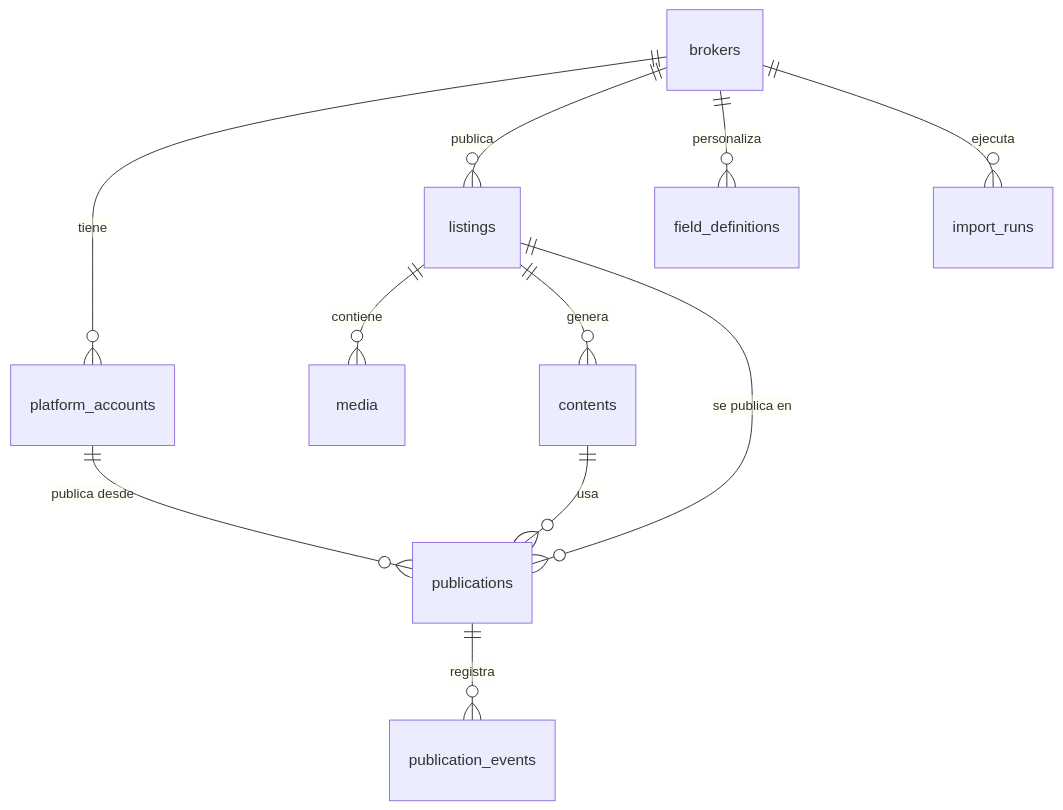
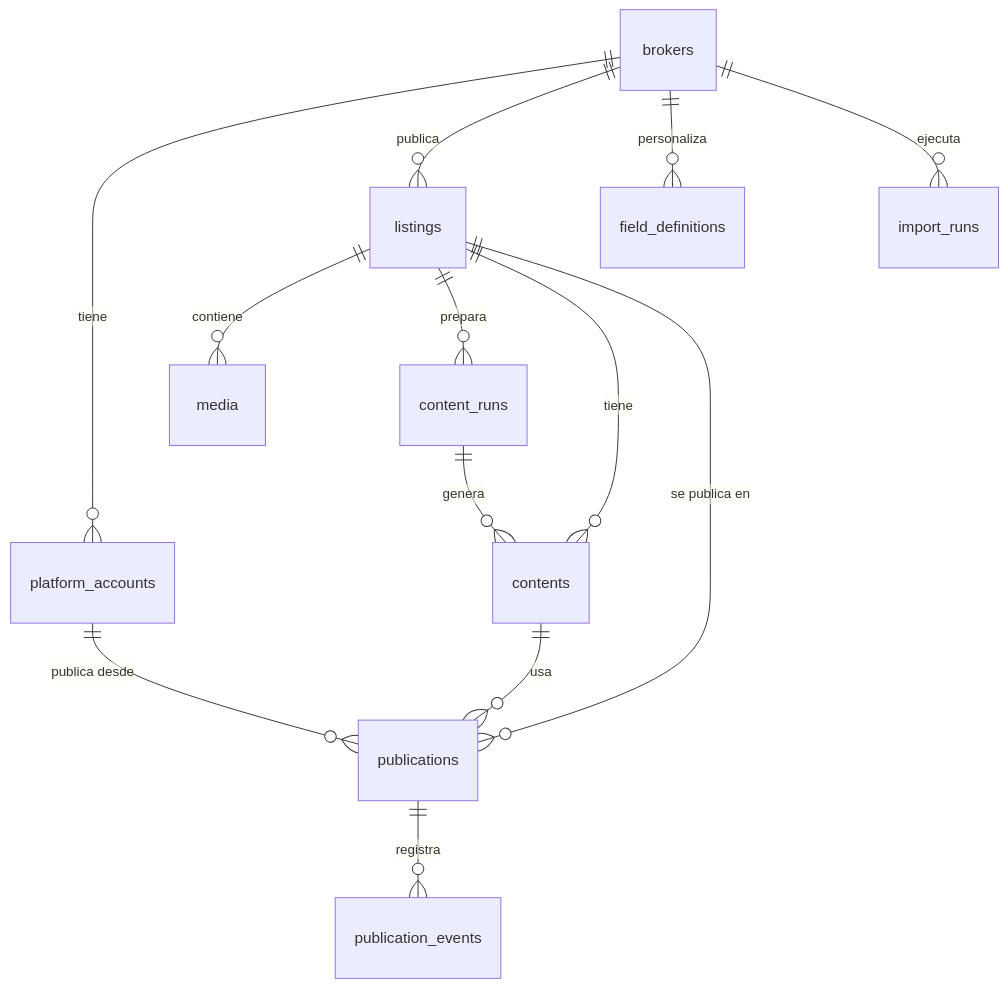
Before and after one commit to vicentewolde/AgentSales: the diagram in docs/02-modelo-datos.md, drawn with Mermaid. The commit also changed other lines of this file and 21 other files, not shown here.

````diff
--- a/docs/02-modelo-datos.md
+++ b/docs/02-modelo-datos.md
@@ -9,13 +9,15 @@
 ```mermaid
 erDiagram
   brokers ||--o{ platform_accounts : tiene
   brokers ||--o{ listings : publica
   brokers ||--o{ field_definitions : personaliza
   brokers ||--o{ import_runs : ejecuta
   listings ||--o{ media : contiene
-  listings ||--o{ contents : genera
+  listings ||--o{ content_runs : prepara
+  content_runs ||--o{ contents : genera
+  listings ||--o{ contents : tiene
   listings ||--o{ publications : "se publica en"
   platform_accounts ||--o{ publications : "publica desde"
   contents ||--o{ publications : usa
   publications ||--o{ publication_events : registra
 ```
````
